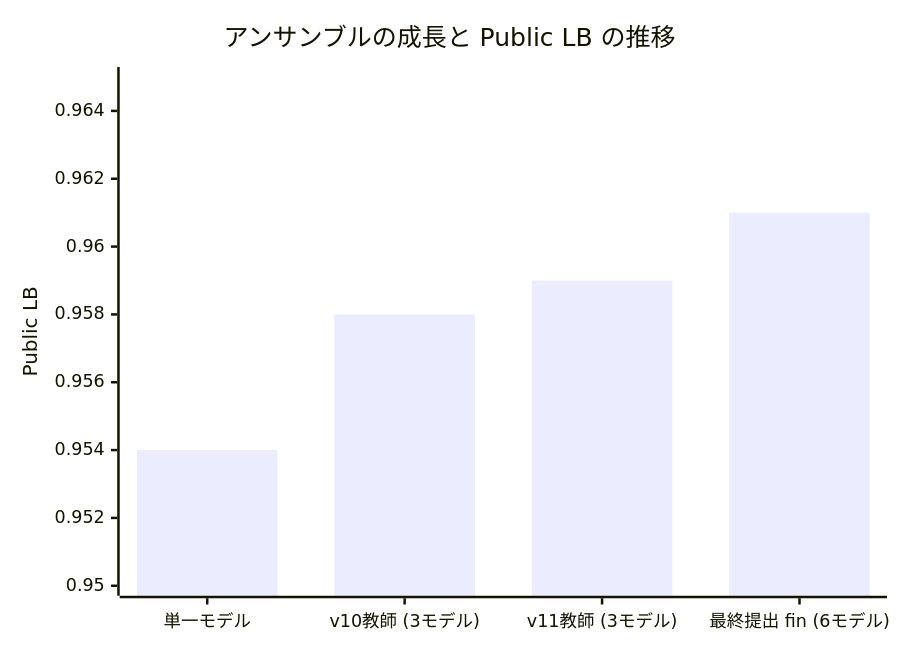
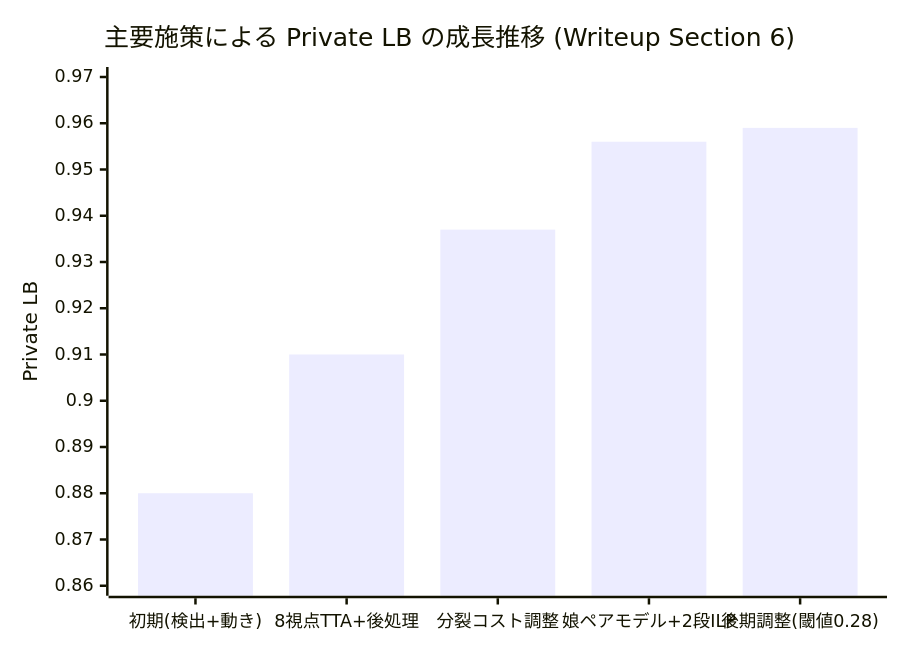
The fifth of 5 diagrams in episode/Summary&Conclusion/7th-place-summary.md (kito2718/kgle_001_BCT_Episode), drawn with Mermaid before and after one commit. The commit also changed other lines of this file, not shown here.

````diff
--- a/episode/Summary&Conclusion/7th-place-summary.md
+++ b/episode/Summary&Conclusion/7th-place-summary.md
@@ -376,7 +334,7 @@
 ```mermaid
 xychart-beta
-    title "アンサンブルの成長と Public LB の推移"
-    x-axis ["単一モデル", "v10教師 (3モデル)", "v11教師 (3モデル)", "最終提出 fin (6モデル)"]
-    y-axis "Public LB" 0.950 --> 0.965
-    bar [0.954, 0.958, 0.959, 0.961]
+    title "主要施策による Private LB の成長推移 (Writeup Section 6)"
+    x-axis ["初期(検出+動き)", "8視点TTA+後処理", "分裂コスト調整", "娘ペアモデル+2段ILP", "後期調整(閾値0.28)"]
+    y-axis "Private LB" 0.860 --> 0.970
+    bar [0.880, 0.910, 0.937, 0.956, 0.959]
 ```
````
